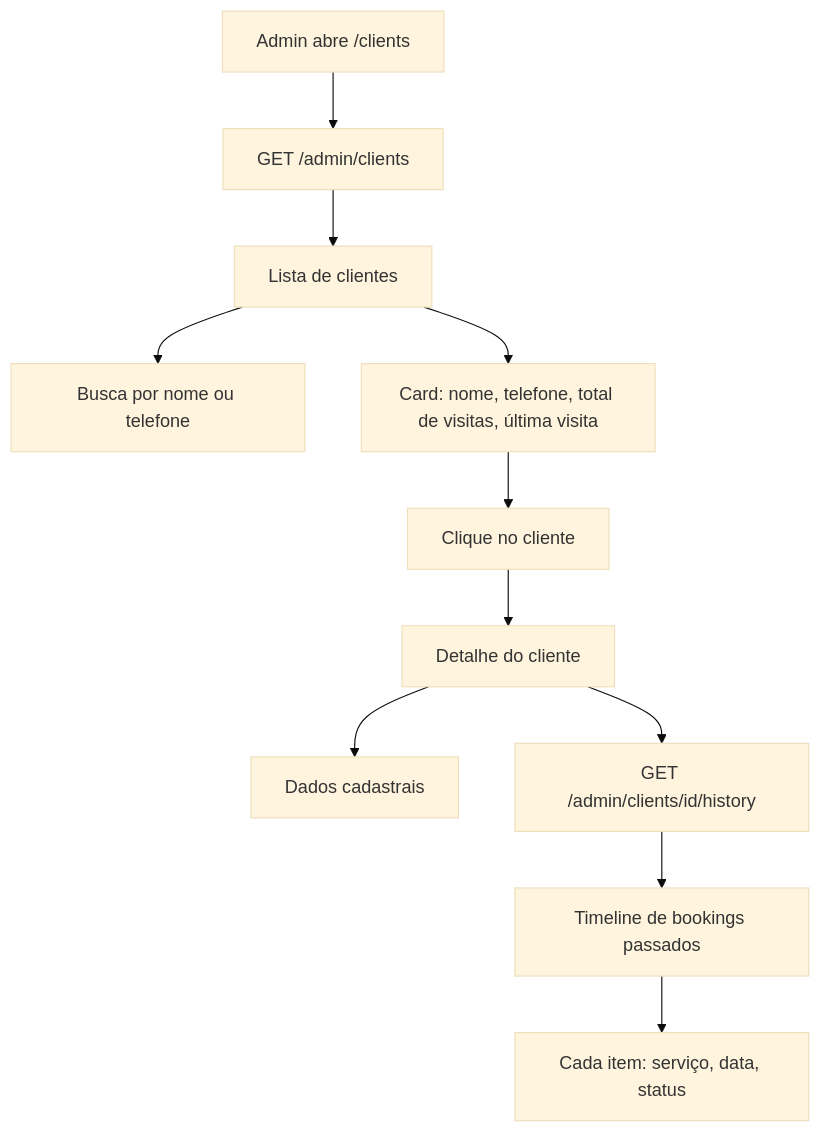
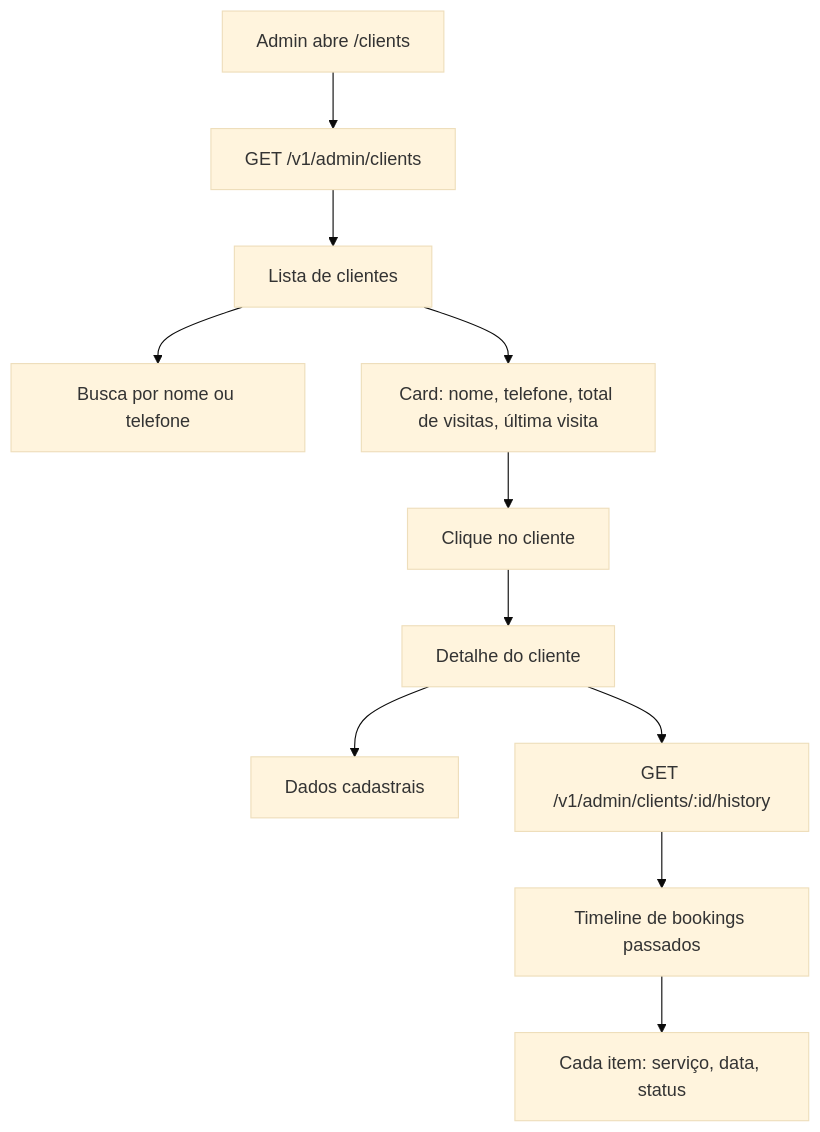
Before and after one commit to tassan/temhorario: the tenth of 13 diagrams in docs/frontend/flows.md, drawn with Mermaid (base theme). The commit also changed other lines of this file and 4 other files, not shown here.

First line of the commit message:
docs(frontend): align architecture and flows with API contract

````diff
--- a/docs/frontend/flows.md
+++ b/docs/frontend/flows.md
@@ -280,15 +282,15 @@
 ```mermaid
 flowchart TD
-    A[Admin abre /clients] --> B[GET /admin/clients]
+    A[Admin abre /clients] --> B[GET /v1/admin/clients]
 
     B --> C[Lista de clientes]
     C --> C1[Busca por nome ou telefone]
     C --> C2[Card: nome, telefone, total de visitas, última visita]
 
     C2 --> D[Clique no cliente]
     D --> E[Detalhe do cliente]
     E --> E1[Dados cadastrais]
-    E --> E2[GET /admin/clients/id/history]
+    E --> E2[GET /v1/admin/clients/:id/history]
     E2 --> E3[Timeline de bookings passados]
     E3 --> E4[Cada item: serviço, data, status]
 ```
````
